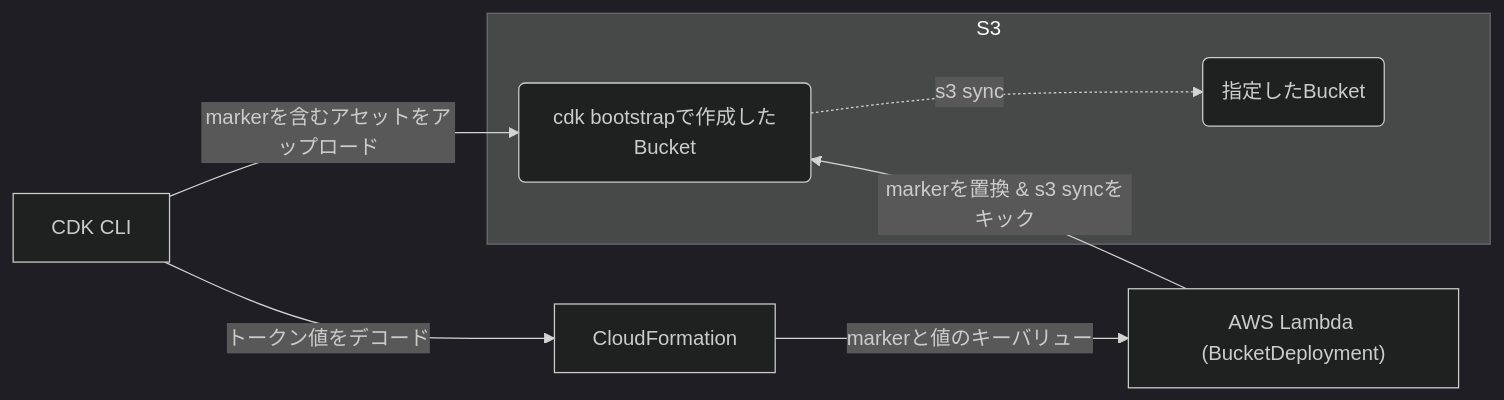
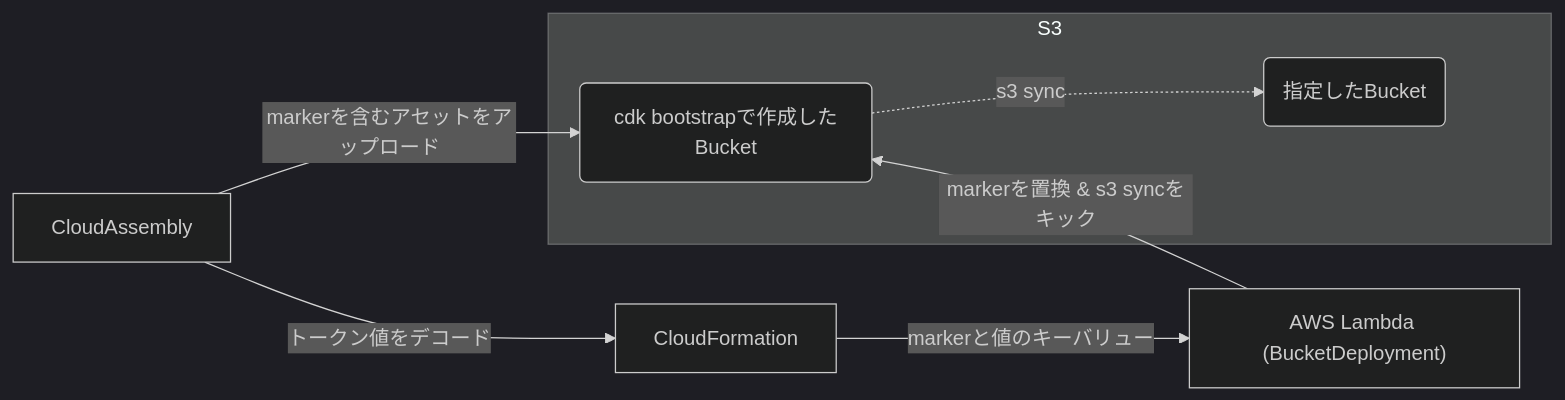
Before and after one commit to WinterYukky/slides-s3-deployment-2022-update: the fifth of 5 diagrams in slides.md, drawn with Mermaid (dark theme). The commit also changed other lines of this file and 4 other files, not shown here.

````diff
--- a/slides.md
+++ b/slides.md
@@ -403,11 +421,11 @@
 ```mermaid
 flowchart LR
-  CDK["CDK CLI"]--markerを含むアセットをアップロード-->Staging("cdk bootstrapで作成したBucket")
+  CloudAssembly--markerを含むアセットをアップロード-->Staging("cdk bootstrapで作成したBucket")
   Staging ~~~ Lambda
-  CDK--トークン値をデコード-->CloudFormation
+  CloudAssembly--トークン値をデコード-->CloudFormation
   CloudFormation--markerと値のキーバリュー-->Lambda["AWS Lambda (BucketDeployment)"]
   subgraph S3
     Staging-."s3 sync".->Distination("指定したBucket")
   end
   Lambda--"markerを置換 & s3 syncをキック"-->Staging
 ```
````
